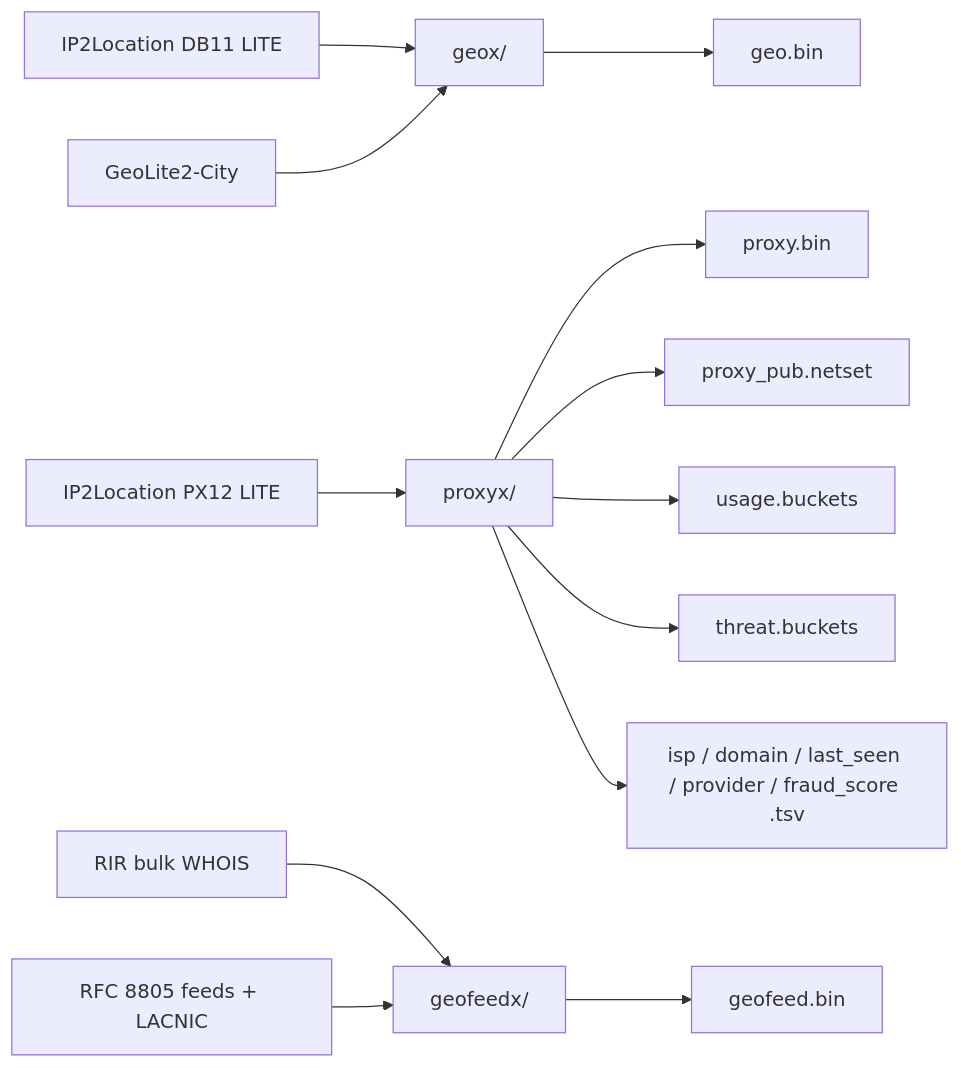
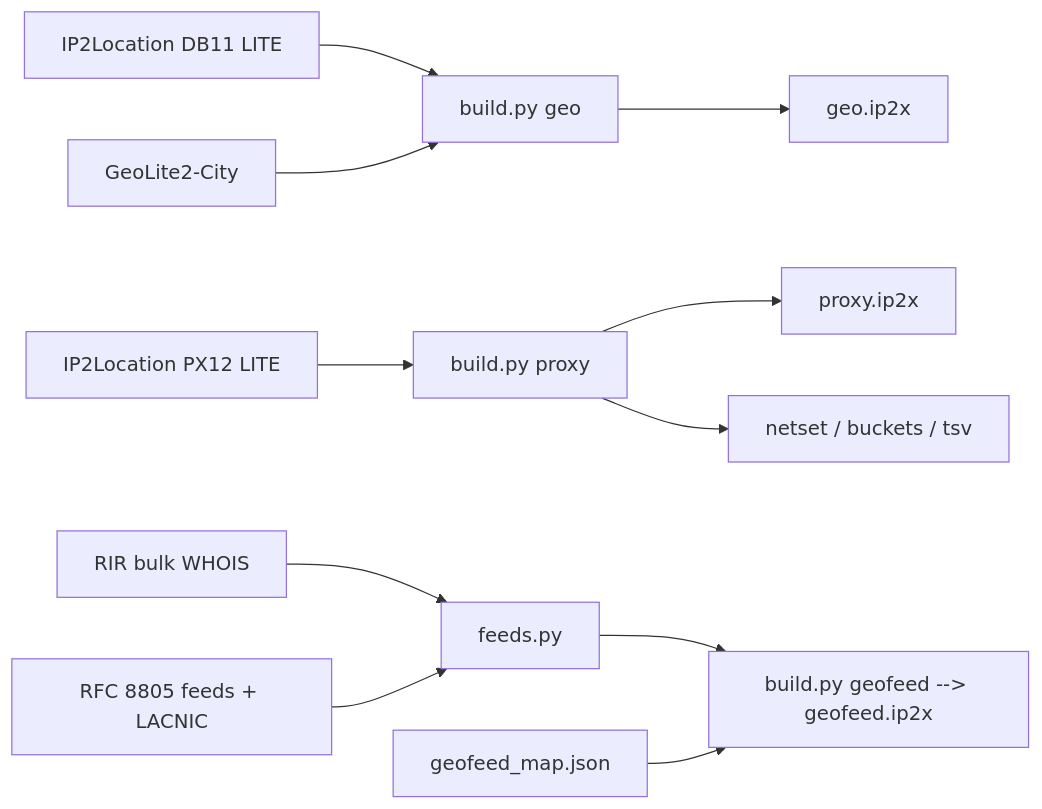
The diagram in README.md (tn3w/IP2X), drawn with Mermaid before and after one commit. The commit also changed other lines of this file and 29 other files, not shown here.

````diff
--- a/README.md
+++ b/README.md
@@ -390,15 +318,13 @@
 ```mermaid
 flowchart LR
-    D1[IP2Location DB11 LITE] --> G[geox/]
+    D1[IP2Location DB11 LITE] --> G[build.py geo]
     D2[GeoLite2-City] --> G
-    G --> GB[geo.bin]
-    D3[IP2Location PX12 LITE] --> P[proxyx/]
-    P --> PB[proxy.bin]
-    P --> R[proxy_pub.netset]
-    P --> U[usage.buckets]
-    P --> T[threat.buckets]
-    P --> TSV[isp / domain / last_seen / provider / fraud_score .tsv]
-    D4[RIR bulk WHOIS] --> F[geofeedx/]
+    G --> GB[geo.ip2x]
+    D3[IP2Location PX12 LITE] --> P[build.py proxy]
+    P --> PB[proxy.ip2x]
+    P --> V[netset / buckets / tsv]
+    D4[RIR bulk WHOIS] --> F[feeds.py]
     D5[RFC 8805 feeds + LACNIC] --> F
-    F --> FB[geofeed.bin]
+    F --> FB[build.py geofeed --> geofeed.ip2x]
+    D6[geofeed_map.json] --> FB
 ```
````
